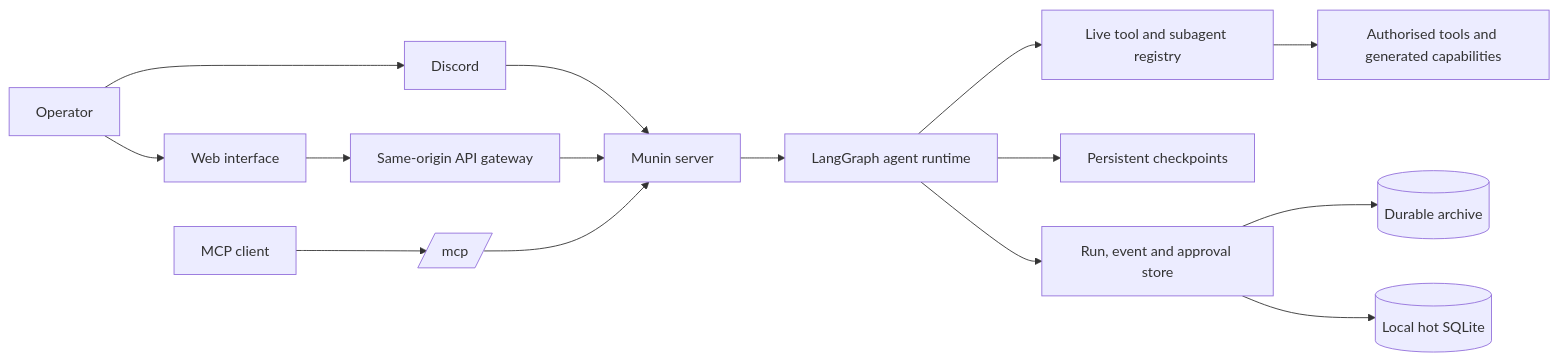
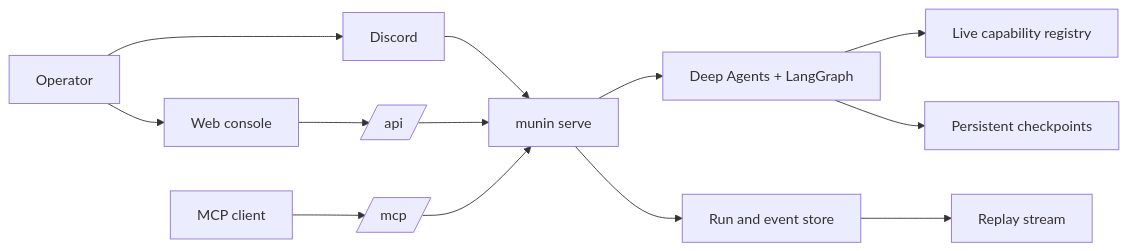
Before and after one commit to PrinceOfPwn/Munin: the diagram in README.md, drawn with Mermaid. The commit also changed other lines of this file and 21 other files, not shown here.

Commit message:
feat: add native Deep Agents skill runtime

````diff
--- a/README.md
+++ b/README.md
@@ -50,18 +38,15 @@
 ```mermaid
 flowchart LR
-    Operator[Operator] --> UI[Web interface]
+    Operator[Operator] --> Web[Web console]
     Operator --> Discord[Discord]
     Client[MCP client] --> MCP[/mcp/]
-    UI --> BFF[Same-origin API gateway]
-    Discord --> Server[Munin server]
-    BFF --> Server
+    Web --> API[/api/]
+    Discord --> Server[munin serve]
+    API --> Server
     MCP --> Server
-
-    Server --> Runtime[LangGraph agent runtime]
-    Runtime --> Registry[Live tool and subagent registry]
-    Runtime --> Checkpoint[Persistent checkpoints]
-    Runtime --> Store[Run, event and approval store]
-    Registry --> Evidence[Authorised tools and generated capabilities]
-    Store --> Durable[(Durable archive)]
-    Store --> Hot[(Local hot SQLite)]
+    Server --> Runtime[Deep Agents + LangGraph]
+    Runtime --> Registry[Live capability registry]
+    Runtime --> Checkpoints[Persistent checkpoints]
+    Server --> Timeline[Run and event store]
+    Timeline --> Replay[Replay stream]
 ```
````
